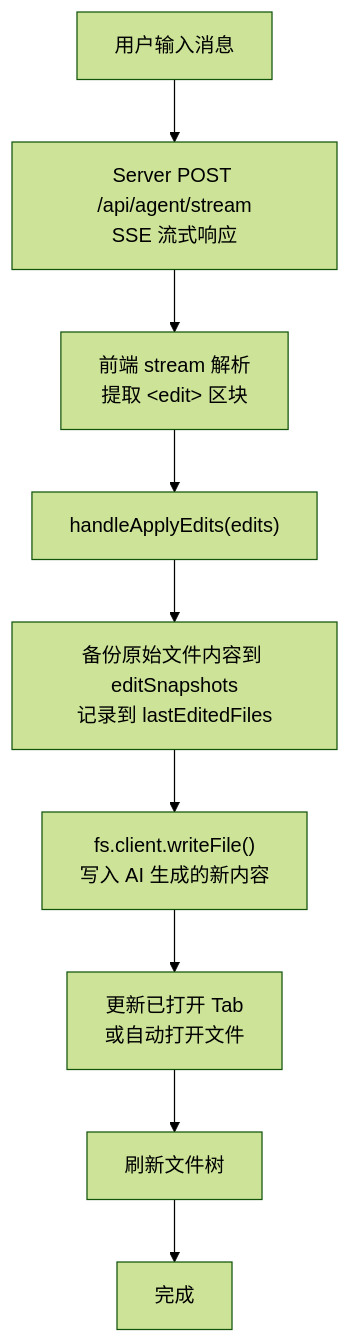
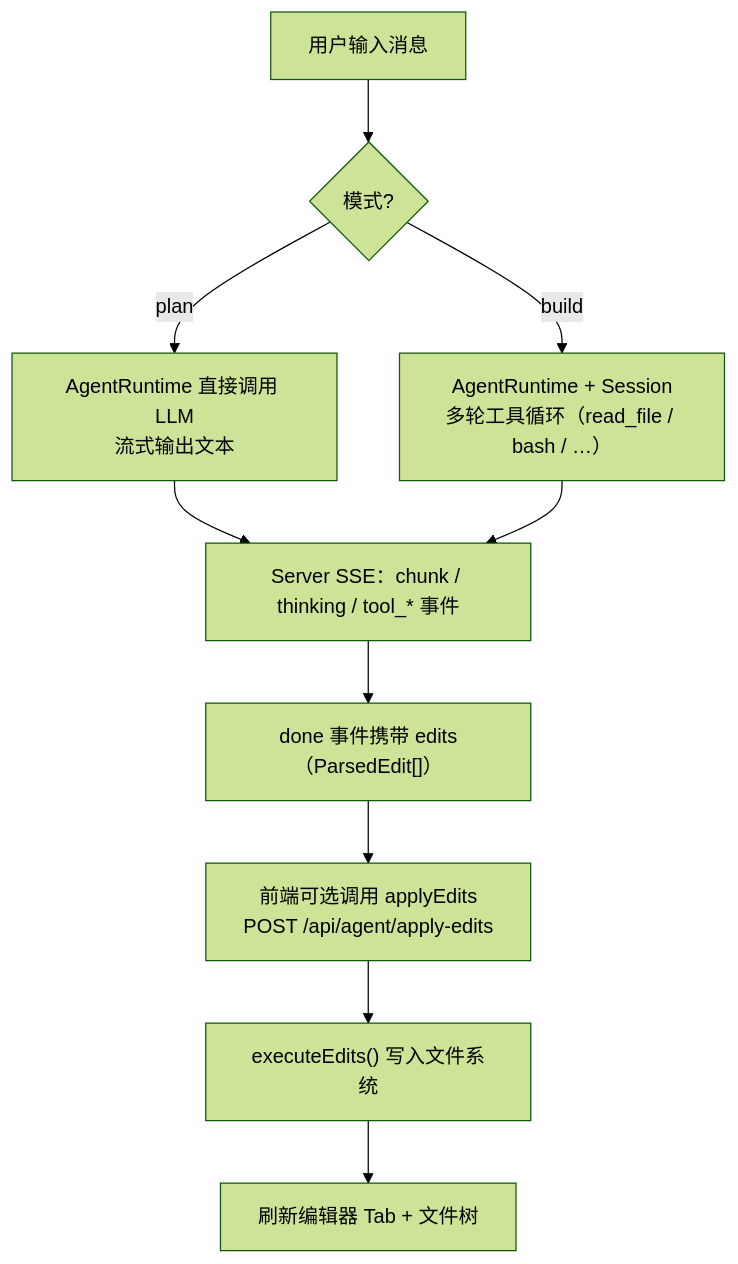
One commit to LSF1106/VibeEditor changed the fourth of 5 diagrams in README.md. Above: the diagram before and after it, drawn with Mermaid (forest theme). The commit also changed other lines of this file and 9 other files, not shown here.

````diff
--- a/README.md
+++ b/README.md
@@ -185,11 +228,12 @@
 ```mermaid
 flowchart TD
-    U["用户输入消息"] --> S["Server POST /api/agent/stream<br/>SSE 流式响应"]
-    S --> P["前端 stream 解析<br/>提取 &lt;edit&gt; 区块"]
-    P --> E["handleApplyEdits(edits)"]
-    E --> BK["备份原始文件内容到 editSnapshots<br/>记录到 lastEditedFiles"]
-    BK --> W["fs.client.writeFile()<br/>写入 AI 生成的新内容"]
-    W --> T["更新已打开 Tab<br/>或自动打开文件"]
-    T --> R["刷新文件树"]
-    R --> DONE["完成"]
+    U["用户输入消息"] --> M{"模式?"}
+    M -->|plan| PL["AgentRuntime 直接调用 LLM<br/>流式输出文本"]
+    M -->|build| BD["AgentRuntime + Session<br/>多轮工具循环（read_file / bash / …）"]
+    PL --> SSE["Server SSE：chunk / thinking / tool_* 事件"]
+    BD --> SSE
+    SSE --> DONE["done 事件携带 edits（ParsedEdit[]）"]
+    DONE --> AP["前端可选调用 applyEdits<br/>POST /api/agent/apply-edits"]
+    AP --> EX["executeEdits() 写入文件系统"]
+    EX --> RF["刷新编辑器 Tab + 文件树"]
 ```
````
